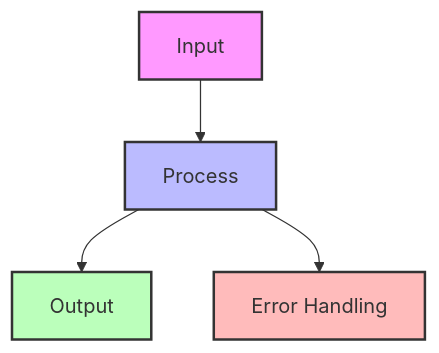
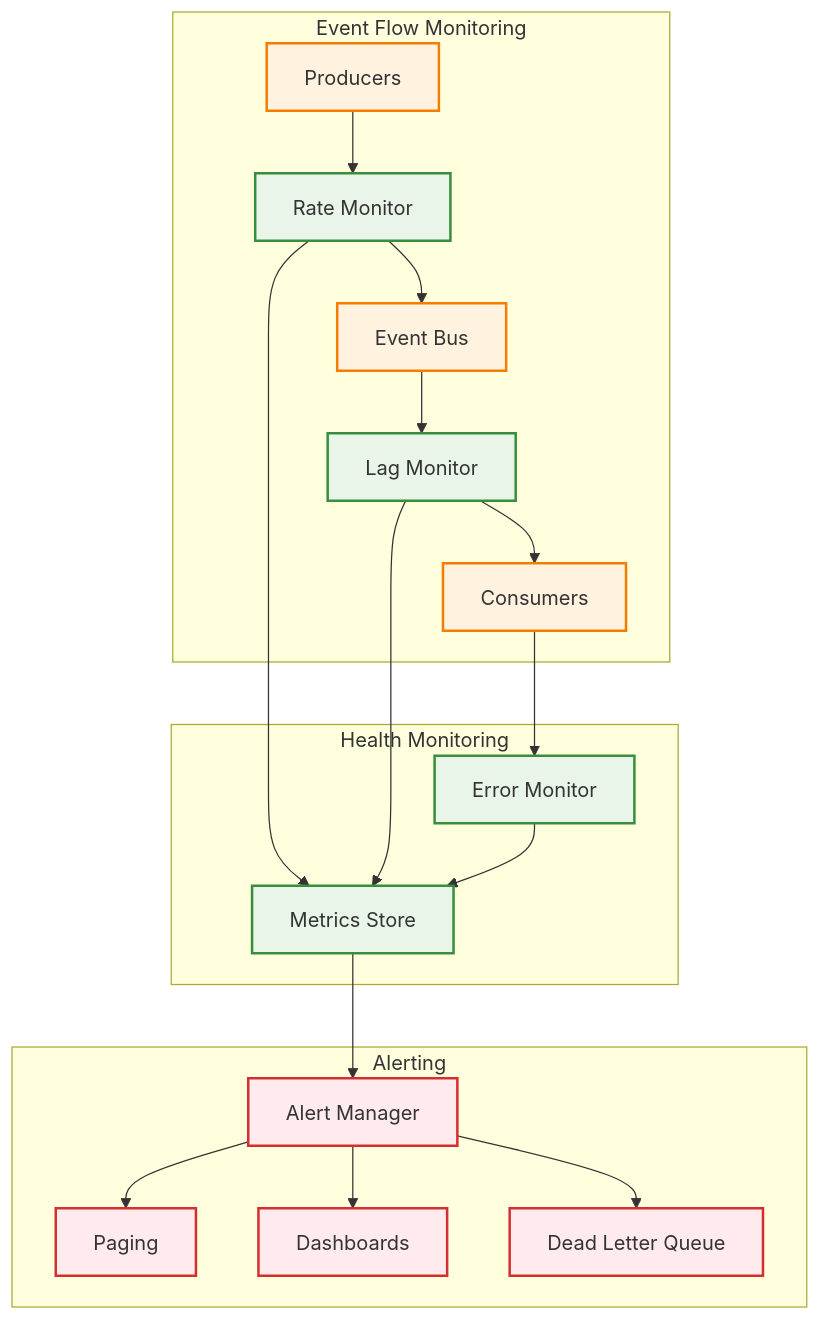
Before and after one commit to deepaucksharma/DStudio: the fourth of 5 diagrams in docs/pattern-library/architecture/event-driven.md, drawn with Mermaid. The commit also changed other lines of this file and 4 other files, not shown here.

````diff
--- a/docs/pattern-library/architecture/event-driven.md
+++ b/docs/pattern-library/architecture/event-driven.md
@@ -429,11 +327,31 @@
 ```mermaid
-graph TD
-    A[Input] --> B[Process]
-    B --> C[Output]
-    B --> D[Error Handling]
+graph TB
+    subgraph "Event Flow Monitoring"
+        PROD[Producers] --> MON1[Rate Monitor]
+        MON1 --> KAFKA[Event Bus]
+        KAFKA --> MON2[Lag Monitor]
+        MON2 --> CONS[Consumers]
+    end
     
-    style A fill:#f9f,stroke:#333,stroke-width:2px
-    style B fill:#bbf,stroke:#333,stroke-width:2px
-    style C fill:#bfb,stroke:#333,stroke-width:2px
-    style D fill:#fbb,stroke:#333,stroke-width:2px
+    subgraph "Health Monitoring"
+        MON1 --> METRICS[Metrics Store]
+        MON2 --> METRICS
+        CONS --> MON3[Error Monitor]
+        MON3 --> METRICS
+    end
+    
+    subgraph "Alerting"
+        METRICS --> ALERT[Alert Manager]
+        ALERT --> PAGE[Paging]
+        ALERT --> DASH[Dashboards]
+        ALERT --> DLQ[Dead Letter Queue]
+    end
+    
+    classDef producer fill:#fff3e0,stroke:#f57c00,stroke-width:2px
+    classDef monitoring fill:#e8f5e8,stroke:#388e3c,stroke-width:2px
+    classDef alerting fill:#ffebee,stroke:#d32f2f,stroke-width:2px
+    
+    class PROD,KAFKA,CONS producer
+    class MON1,MON2,MON3,METRICS monitoring
+    class ALERT,PAGE,DASH,DLQ alerting
 ```
````
